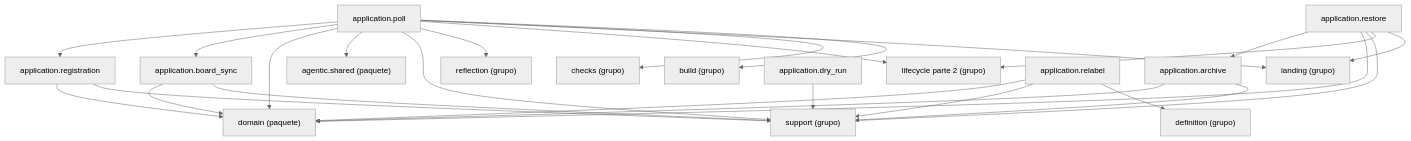
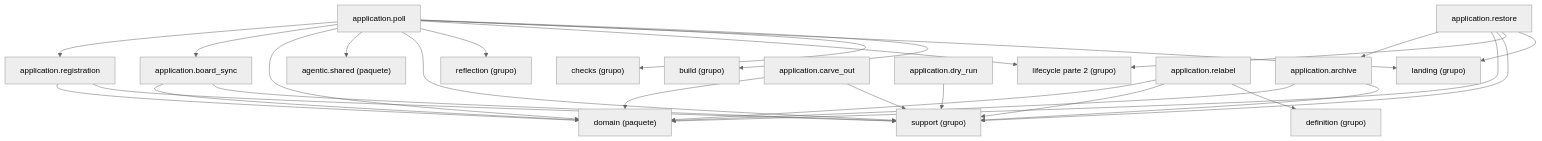
One commit to GonzaloZevallos/agentic-system changed the diagram in docs/architecture/generated/packages-process-application-lifecycle-1.md. Above: the diagram before and after it, drawn with Mermaid (neutral theme). The commit also changed 9 other files, not shown here.

First line of the commit message:
Open the carve-out follow-up with an idempotent, record-first apply_carve (steps 1-3)

````diff
--- a/docs/architecture/generated/packages-process-application-lifecycle-1.md
+++ b/docs/architecture/generated/packages-process-application-lifecycle-1.md
@@ -16,44 +16,47 @@
 ```mermaid
 graph TD
     g_application__build["build (grupo)"]
     g_application__checks["checks (grupo)"]
     g_application__definition["definition (grupo)"]
     g_application__landing["landing (grupo)"]
     g_application__lifecycle__2["lifecycle parte 2 (grupo)"]
     g_application__reflection["reflection (grupo)"]
     g_application__support["support (grupo)"]
     g_pkg__agentic__shared["agentic.shared (paquete)"]
     g_pkg__domain["domain (paquete)"]
     m_application__archive["application.archive"]
     m_application__board_sync["application.board_sync"]
+    m_application__carve_out["application.carve_out"]
     m_application__dry_run["application.dry_run"]
     m_application__poll["application.poll"]
     m_application__registration["application.registration"]
     m_application__relabel["application.relabel"]
     m_application__restore["application.restore"]
     m_application__archive --> g_application__support
     m_application__archive --> g_pkg__domain
     m_application__board_sync --> g_application__support
     m_application__board_sync --> g_pkg__domain
+    m_application__carve_out --> g_application__support
+    m_application__carve_out --> g_pkg__domain
     m_application__dry_run --> g_application__support
     m_application__poll --> g_application__build
     m_application__poll --> g_application__checks
     m_application__poll --> g_application__landing
     m_application__poll --> g_application__lifecycle__2
     m_application__poll --> g_application__reflection
     m_application__poll --> g_application__support
     m_application__poll --> g_pkg__agentic__shared
     m_application__poll --> g_pkg__domain
     m_application__poll --> m_application__board_sync
     m_application__poll --> m_application__registration
     m_application__registration --> g_application__support
     m_application__registration --> g_pkg__domain
     m_application__relabel --> g_application__definition
     m_application__relabel --> g_application__support
     m_application__relabel --> g_pkg__domain
     m_application__restore --> g_application__landing
     m_application__restore --> g_application__lifecycle__2
     m_application__restore --> g_application__support
     m_application__restore --> g_pkg__domain
     m_application__restore --> m_application__archive
 ```
````
